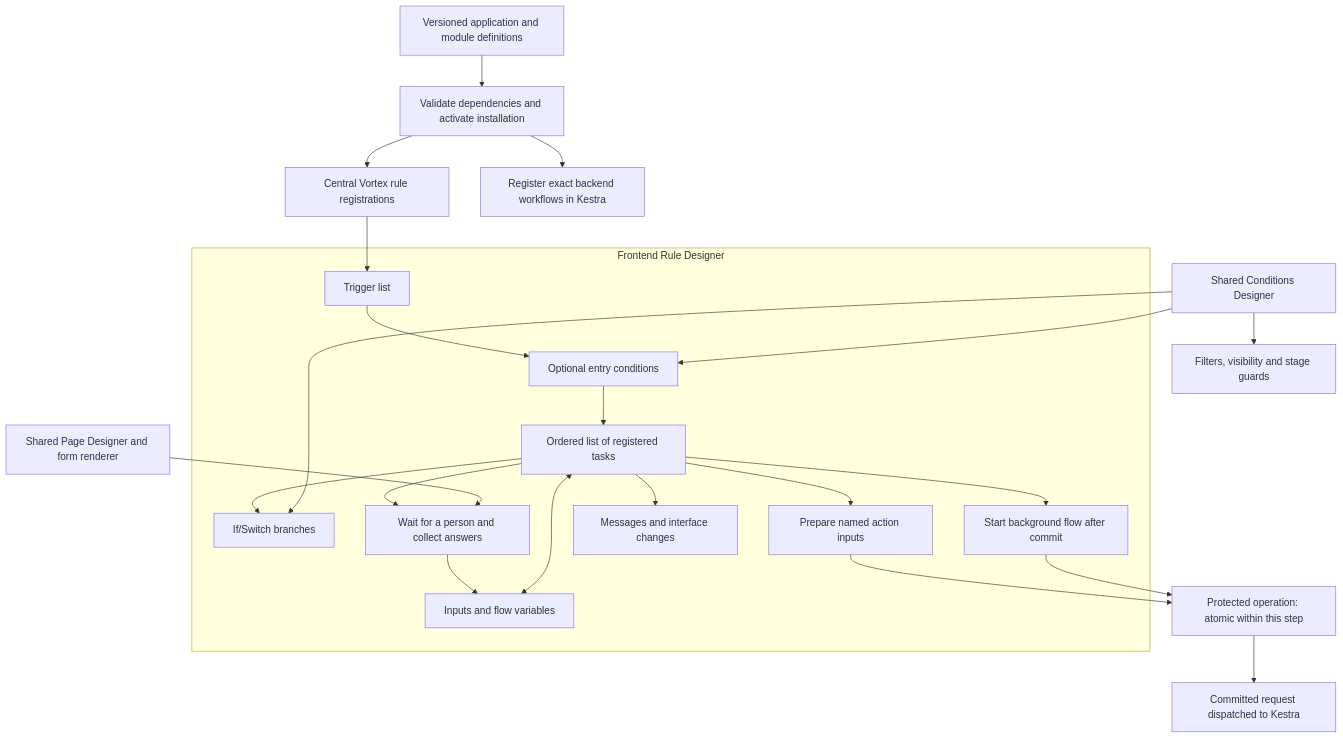
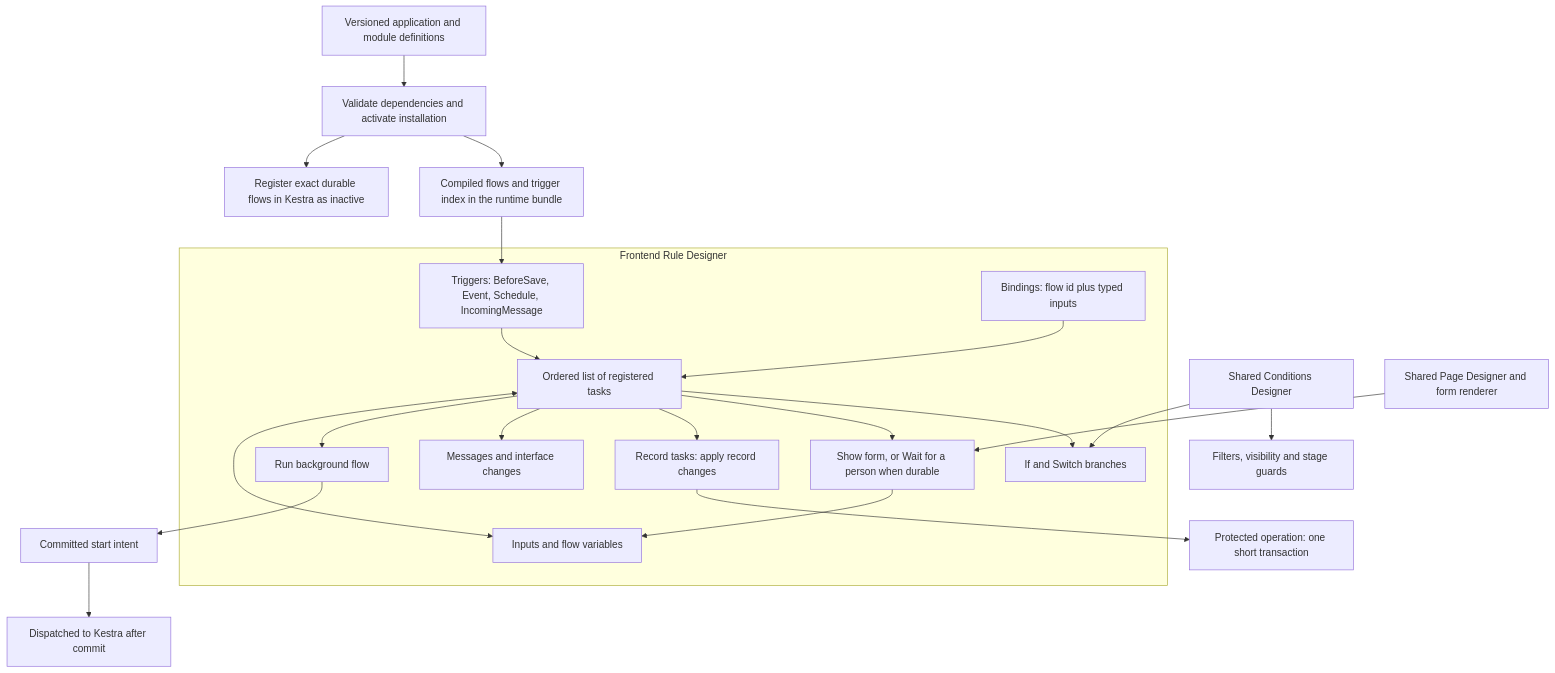
One commit to Abzum-NZ/Abzum-Vortex changed the first of 4 diagrams in docs/specification/appendices/frontend-rule-designer.md. Above: the diagram before and after it, drawn with Mermaid. The commit also changed other lines of this file and 1 other file, not shown here.

First line of the commit message:
Review #977: align the flow language with the architecture decisions

````diff
--- a/docs/specification/appendices/frontend-rule-designer.md
+++ b/docs/specification/appendices/frontend-rule-designer.md
@@ -13,25 +13,24 @@
 ```mermaid
 flowchart TB
     APP[Versioned application and module definitions] --> INSTALL[Validate dependencies and activate installation]
-    INSTALL --> REG[Central Vortex rule registrations]
-    INSTALL --> DUR[Register exact backend workflows in Kestra]
+    INSTALL --> REG[Compiled flows and trigger index in the runtime bundle]
+    INSTALL --> DUR[Register exact durable flows in Kestra as inactive]
     subgraph DESIGN[Frontend Rule Designer]
-        TR[Trigger list] --> GATE[Optional entry conditions]
-        GATE --> TASKS[Ordered list of registered tasks]
+        TR[Triggers: BeforeSave, Event, Schedule, IncomingMessage] --> TASKS[Ordered list of registered tasks]
+        BIND[Bindings: flow id plus typed inputs] --> TASKS
         VAR[Inputs and flow variables] <--> TASKS
-        TASKS --> BRANCH[If/Switch branches]
-        TASKS --> FORM[Wait for a person and collect answers]
-        TASKS --> ACT[Prepare named action inputs]
+        TASKS --> BRANCH[If and Switch branches]
+        TASKS --> FORM[Show form, or Wait for a person when durable]
+        TASKS --> REC[Record tasks: apply record changes]
         TASKS --> UI[Messages and interface changes]
-        TASKS --> BG[Start background flow after commit]
+        TASKS --> BG[Run background flow]
     end
     REG --> TR
-    COND[Shared Conditions Designer] --> GATE
-    COND --> BRANCH
+    COND[Shared Conditions Designer] --> BRANCH
     COND --> FILTER[Filters, visibility and stage guards]
     PAGE[Shared Page Designer and form renderer] --> FORM
     FORM --> VAR
-    ACT --> COMMIT[Protected operation: atomic within this step]
-    BG --> COMMIT
-    COMMIT --> DISPATCH[Committed request dispatched to Kestra]
+    REC --> COMMIT[Protected operation: one short transaction]
+    BG --> INTENT[Committed start intent]
+    INTENT --> DISPATCH[Dispatched to Kestra after commit]
 ```
````
